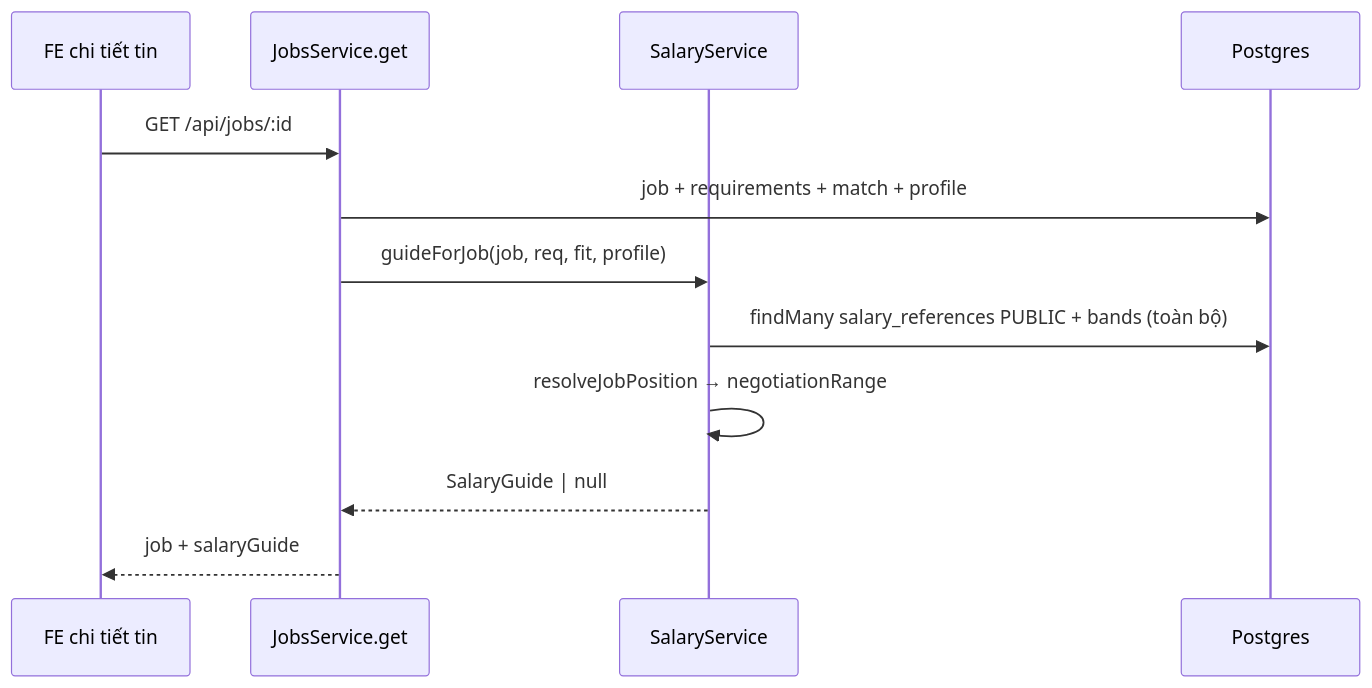
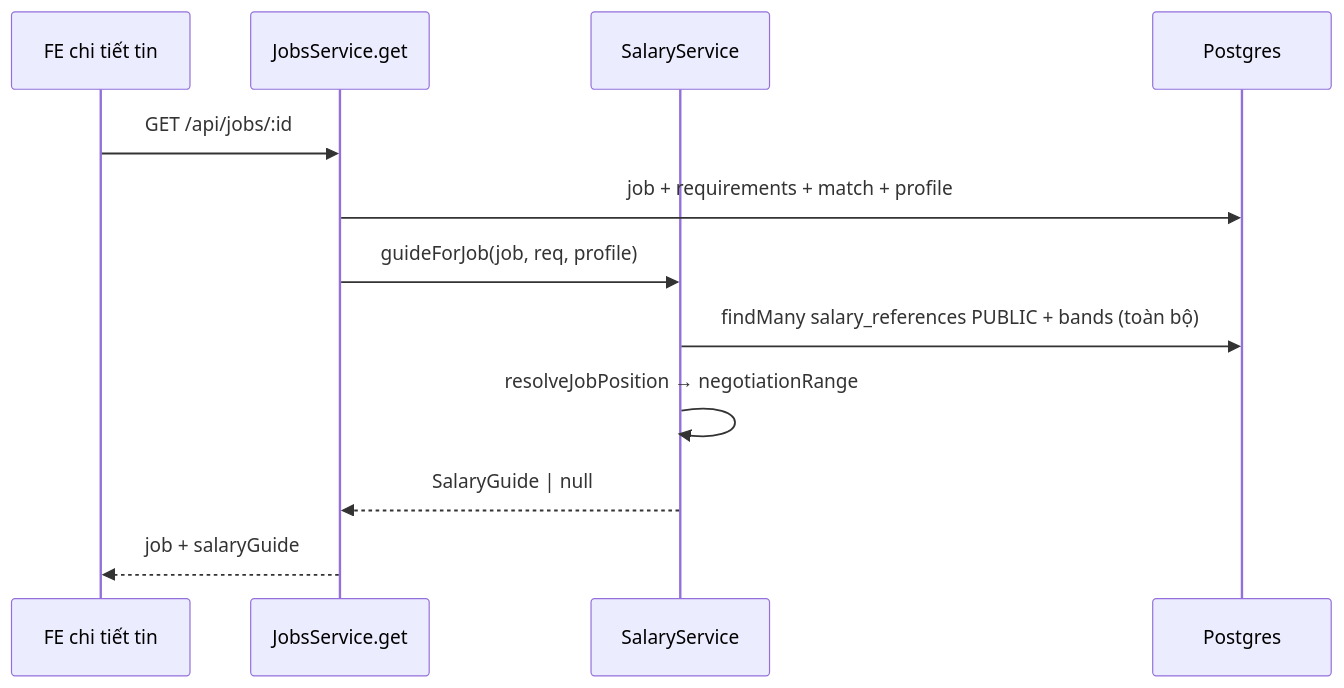
Before and after one commit to BuiThienHoang221204/ai-job-search: the third of 4 diagrams in docs/business-flows/modules/salary.md, drawn with Mermaid. The commit also changed other lines of this file and 3 other files, not shown here.

Commit message:
docs(business-flows): salary guide rules and per-occupation years

````diff
--- a/docs/business-flows/modules/salary.md
+++ b/docs/business-flows/modules/salary.md
@@ -164,14 +164,14 @@
 ```mermaid
 sequenceDiagram
     participant FE as FE chi tiết tin
     participant JS as JobsService.get
     participant SS as SalaryService
     participant DB as Postgres
     FE->>JS: GET /api/jobs/:id
     JS->>DB: job + requirements + match + profile
-    JS->>SS: guideForJob(job, req, fit, profile)
+    JS->>SS: guideForJob(job, req, profile)
     SS->>DB: findMany salary_references PUBLIC + bands (toàn bộ)
     SS->>SS: resolveJobPosition → negotiationRange
     SS-->>JS: SalaryGuide | null
     JS-->>FE: job + salaryGuide
 ```
````
